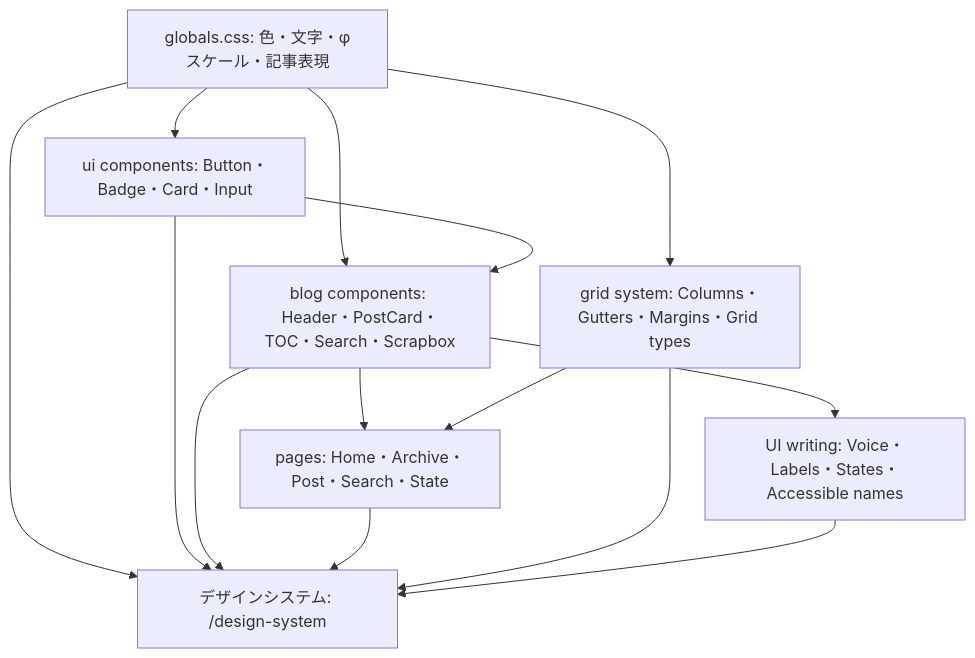
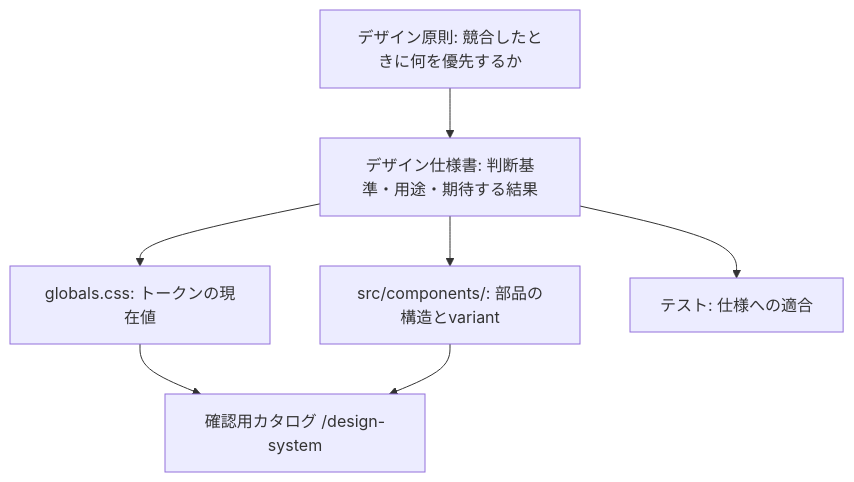
The diagram in docs/design/design-system.md (KJR020/kjr020-blog), drawn with Mermaid before and after one commit. The commit also changed other lines of this file and 4 other files, not shown here.

````diff
--- a/docs/design/design-system.md
+++ b/docs/design/design-system.md
@@ -7,24 +19,16 @@
 ```mermaid
 graph TB
-    G["globals.css: 色・文字・φスケール・記事表現"]
-    U["ui components: Button・Badge・Card・Input"]
-    B["blog components: Header・PostCard・TOC・Search・Scrapbox"]
-    P["pages: Home・Archive・Post・Search・State"]
-    L["grid system: Columns・Gutters・Margins・Grid types"]
-    W["UI writing: Voice・Labels・States・Accessible names"]
-    S["デザインシステム: /design-system"]
+    P["デザイン原則: 競合したときに何を優先するか"]
+    D["デザイン仕様書: 判断基準・用途・期待する結果"]
+    T["globals.css: トークンの現在値"]
+    C["src/components/: 部品の構造とvariant"]
+    E["テスト: 仕様への適合"]
+    K["確認用カタログ /design-system"]
 
-    G --> U
-    G --> B
-    U --> B
-    B --> P
-    G --> L
-    L --> P
-    B --> W
-    G --> S
-    U --> S
-    B --> S
-    P --> S
-    L --> S
-    W --> S
+    P --> D
+    D --> T
+    D --> C
+    D --> E
+    T --> K
+    C --> K
 ```
````
